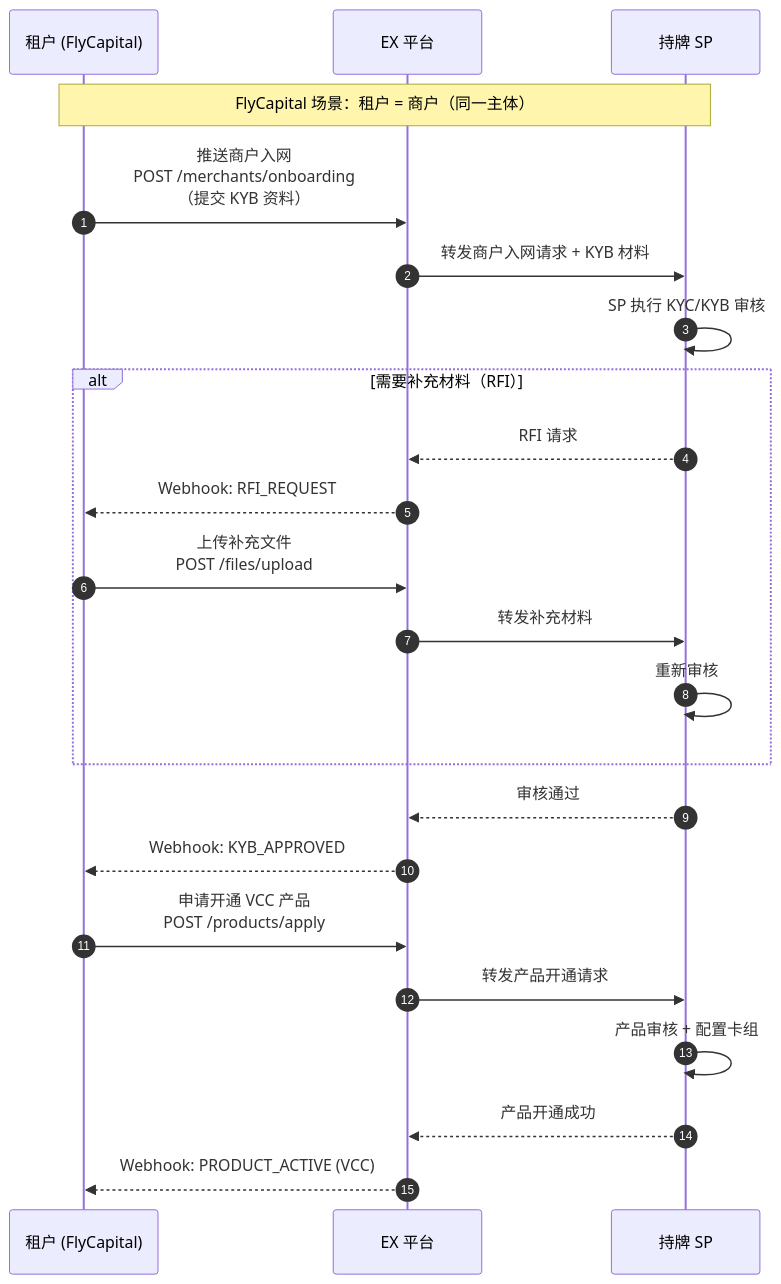
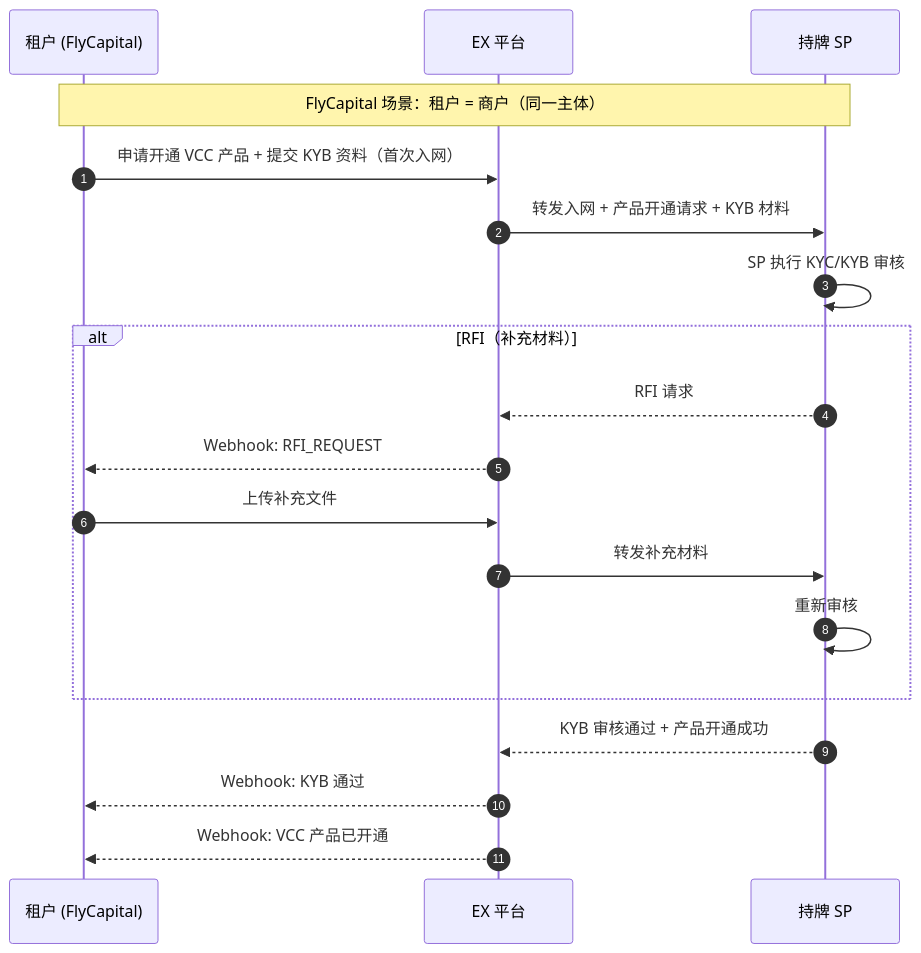
One commit to xiaoxiaoangie/EX-NEW changed the second of 9 diagrams in Solutions/solutions/API-SOLUTION/ex-API-vcc-solution.md. Above: the diagram before and after it, drawn with Mermaid. The commit also changed other lines of this file and 18 other files, not shown here.

````diff
--- a/Solutions/solutions/API-SOLUTION/ex-API-vcc-solution.md
+++ b/Solutions/solutions/API-SOLUTION/ex-API-vcc-solution.md
@@ -153,30 +169,25 @@
 ```mermaid
 sequenceDiagram
     autonumber
     participant T as 租户 (FlyCapital)
     participant EX as EX 平台
     participant SP as 持牌 SP
 
     Note over T,SP: FlyCapital 场景：租户 = 商户（同一主体）
 
-    T->>EX: 推送商户入网<br/>POST /merchants/onboarding<br/>（提交 KYB 资料）
-    EX->>SP: 转发商户入网请求 + KYB 材料
+    T->>EX: 申请开通 VCC 产品 + 提交 KYB 资料（首次入网）
+    EX->>SP: 转发入网 + 产品开通请求 + KYB 材料
     SP->>SP: SP 执行 KYC/KYB 审核
 
-    alt 需要补充材料（RFI）
+    alt RFI（补充材料）
         SP-->>EX: RFI 请求
         EX-->>T: Webhook: RFI_REQUEST
-        T->>EX: 上传补充文件<br/>POST /files/upload
+        T->>EX: 上传补充文件
         EX->>SP: 转发补充材料
         SP->>SP: 重新审核
     end
 
-    SP-->>EX: 审核通过
-    EX-->>T: Webhook: KYB_APPROVED
-
-    T->>EX: 申请开通 VCC 产品<br/>POST /products/apply
-    EX->>SP: 转发产品开通请求
-    SP->>SP: 产品审核 + 配置卡组
-    SP-->>EX: 产品开通成功
-    EX-->>T: Webhook: PRODUCT_ACTIVE (VCC)
+    SP-->>EX: KYB 审核通过 + 产品开通成功
+    EX-->>T: Webhook: KYB 通过
+    EX-->>T: Webhook: VCC 产品已开通
 ```
````
